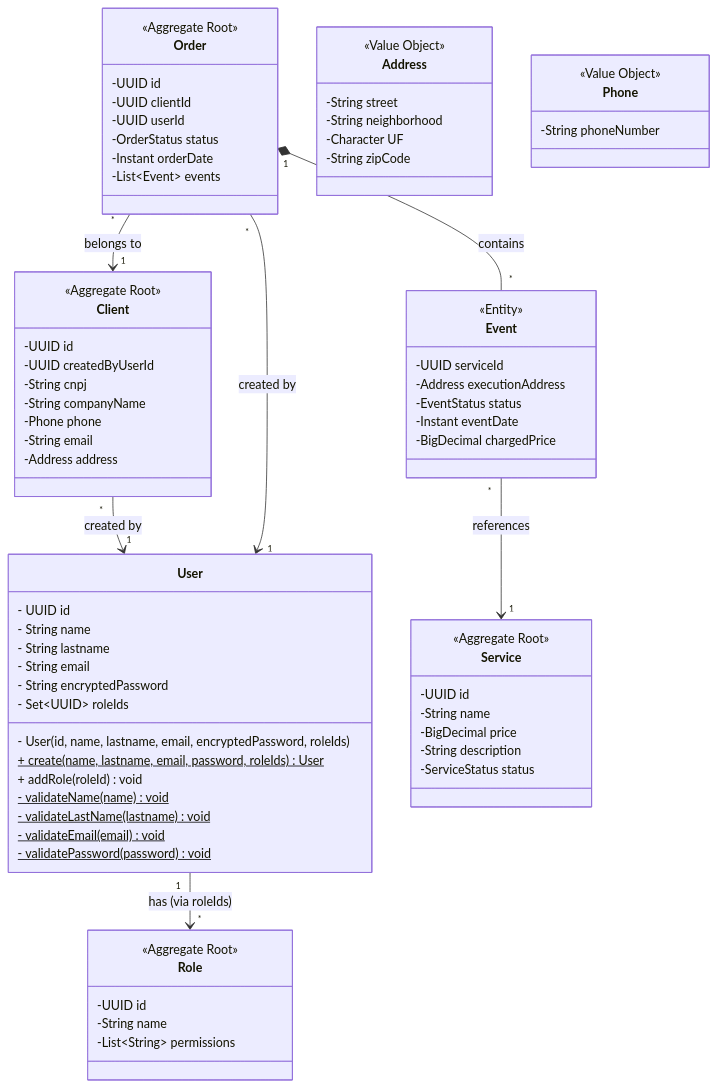
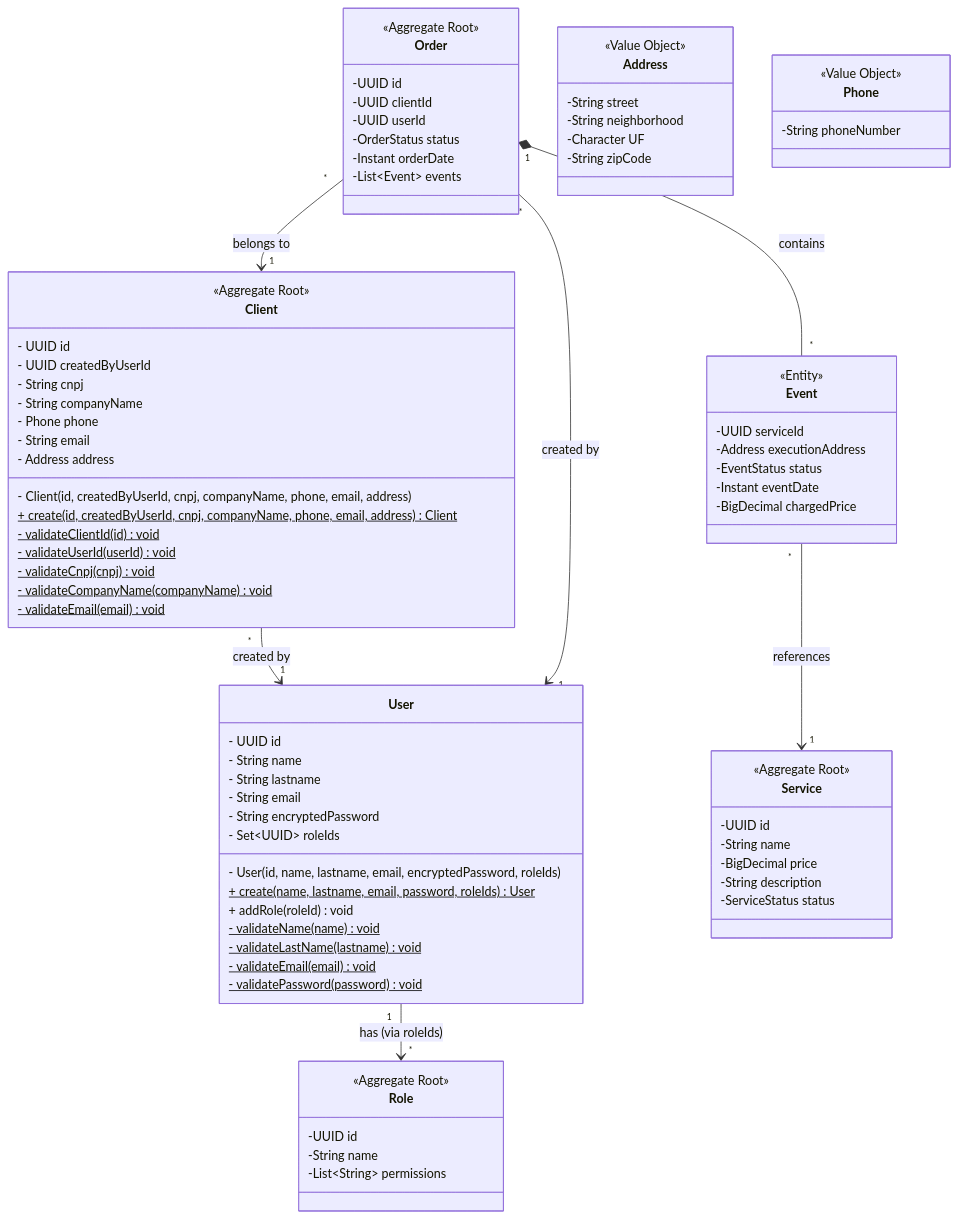
The diagram in README.md (GibsonCS/speed), drawn with Mermaid before and after one commit.

```diff
--- a/README.md
+++ b/README.md
@@ -28,13 +28,20 @@
 
     class Client {
         <<Aggregate Root>>
-        -UUID id
-        -UUID createdByUserId
-        -String cnpj
-        -String companyName
-        -Phone phone
-        -String email
-        -Address address
+        - UUID id
+        - UUID createdByUserId
+        - String cnpj
+        - String companyName
+        - Phone phone
+        - String email
+        - Address address
+        - Client(id, createdByUserId, cnpj, companyName, phone, email, address)
+        + create(id, createdByUserId, cnpj, companyName, phone, email, address) Client$
+        - validateClientId(id) void$
+        - validateUserId(userId) void$
+        - validateCnpj(cnpj) void$
+        - validateCompanyName(companyName) void$
+        - validateEmail(email) void$
     }
 
     class Order {
```
